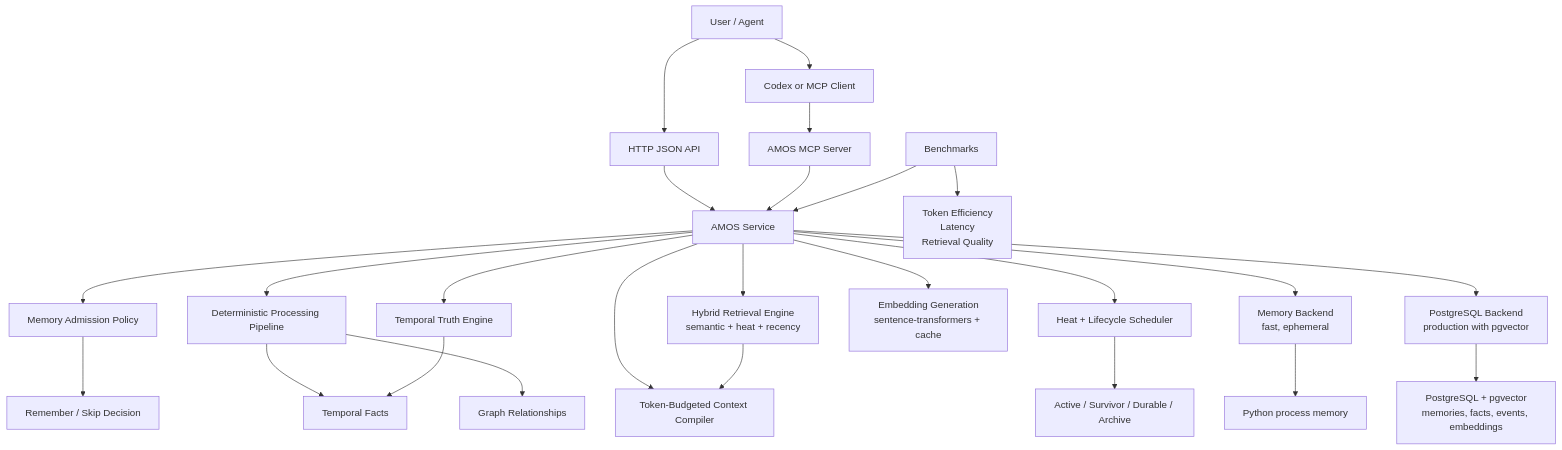
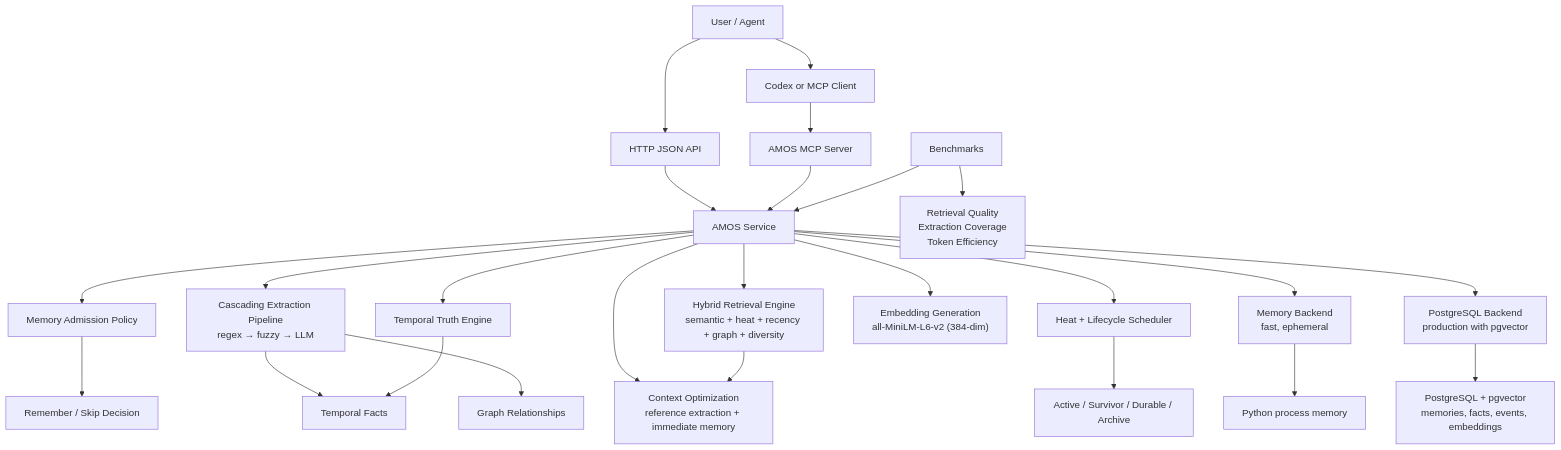
Before and after one commit to Nandakumar-Balagopal/amos-memory: the diagram in README.md, drawn with Mermaid. The commit also changed other lines of this file, not shown here.

First line of the commit message:
docs: rewrite README with V2 architecture

````diff
--- a/README.md
+++ b/README.md
@@ -42,32 +59,32 @@
 ```mermaid
 flowchart TD
     User["User / Agent"] --> Codex["Codex or MCP Client"]
     User --> HTTP["HTTP JSON API"]
     Codex --> MCP["AMOS MCP Server"]
     HTTP --> Service["AMOS Service"]
     MCP --> Service
 
     Service --> Admission["Memory Admission Policy"]
-    Service --> Pipeline["Deterministic Processing Pipeline"]
-    Service --> Retrieval["Hybrid Retrieval Engine<br/>semantic + heat + recency"]
-    Service --> Context["Token-Budgeted Context Compiler"]
+    Service --> Pipeline["Cascading Extraction Pipeline<br/>regex → fuzzy → LLM"]
+    Service --> Retrieval["Hybrid Retrieval Engine<br/>semantic + heat + recency + graph + diversity"]
+    Service --> Context["Context Optimization<br/>reference extraction + immediate memory"]
     Service --> Temporal["Temporal Truth Engine"]
     Service --> Heat["Heat + Lifecycle Scheduler"]
-    Service --> Embeddings["Embedding Generation<br/>sentence-transformers + cache"]
+    Service --> Embeddings["Embedding Generation<br/>all-MiniLM-L6-v2 (384-dim)"]
 
     Admission --> Remember["Remember / Skip Decision"]
     Pipeline --> Facts["Temporal Facts"]
     Pipeline --> GraphEdges["Graph Relationships"]
     Retrieval --> Context
     Temporal --> Facts
     Heat --> Tiers["Active / Survivor / Durable / Archive"]
 
     Service --> MemoryMode["Memory Backend<br/>fast, ephemeral"]
     Service --> PostgresMode["PostgreSQL Backend<br/>production with pgvector"]
 
     PostgresMode --> Postgres["PostgreSQL + pgvector<br/>memories, facts, events, embeddings"]
     MemoryMode --> ProcessMemory["Python process memory"]
 
     Eval["Benchmarks"] --> Service
-    Eval --> Metrics["Token Efficiency<br/>Latency<br/>Retrieval Quality"]
+    Eval --> Metrics["Retrieval Quality<br/>Extraction Coverage<br/>Token Efficiency"]
 ```
````
